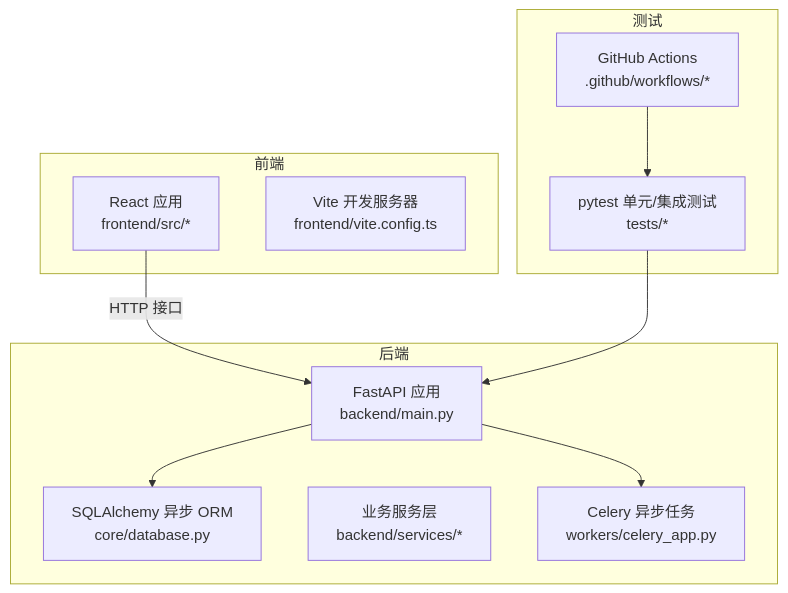
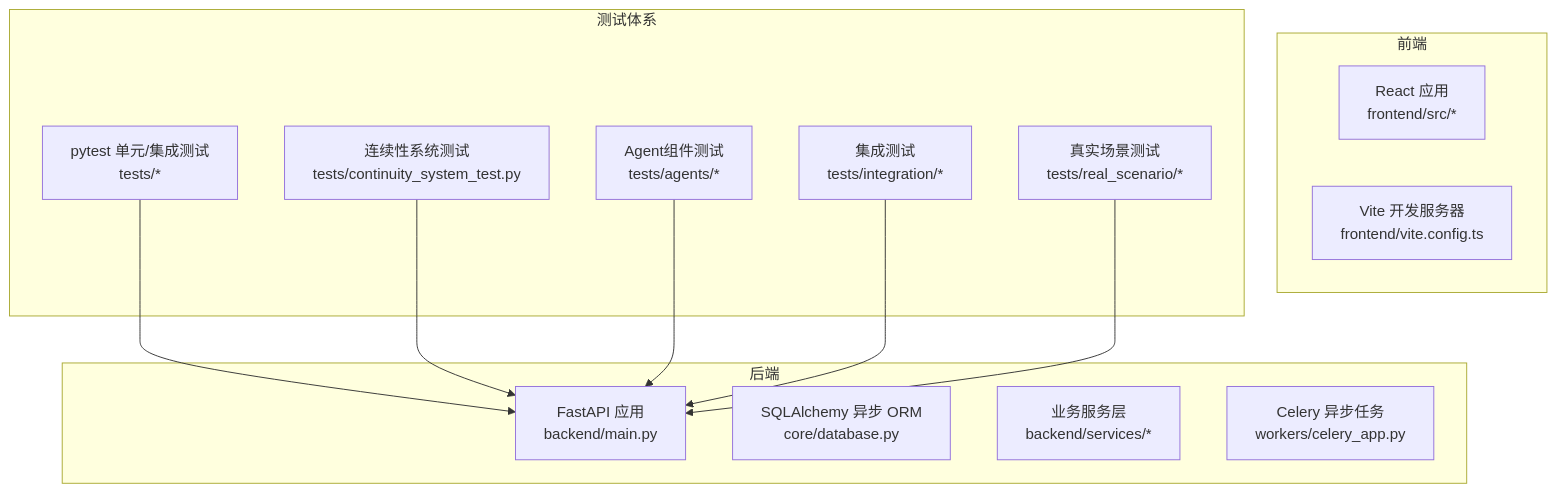
Before and after one commit to xfbyxq/ai-novel-system: the first of 6 diagrams in .qoder/repowiki/zh/content/测试策略/测试策略.md, drawn with Mermaid. The commit also changed other lines of this file and 38 other files, not shown here.

````diff
--- a/.qoder/repowiki/zh/content/测试策略/测试策略.md
+++ b/.qoder/repowiki/zh/content/测试策略/测试策略.md
@@ -42,22 +49,25 @@
 ```mermaid
 graph TB
 subgraph "后端"
 BE_API["FastAPI 应用<br/>backend/main.py"]
 BE_DB["SQLAlchemy 异步 ORM<br/>core/database.py"]
 BE_SERVICES["业务服务层<br/>backend/services/*"]
 BE_WORKERS["Celery 异步任务<br/>workers/celery_app.py"]
 end
 subgraph "前端"
 FE_APP["React 应用<br/>frontend/src/*"]
 FE_VITE["Vite 开发服务器<br/>frontend/vite.config.ts"]
 end
-subgraph "测试"
+subgraph "测试体系"
 PYTEST["pytest 单元/集成测试<br/>tests/*"]
-CI["GitHub Actions<br/>.github/workflows/*"]
+CONTINUITY["连续性系统测试<br/>tests/continuity_system_test.py"]
+AGENTS["Agent组件测试<br/>tests/agents/*"]
+INTEGRATION["集成测试<br/>tests/integration/*"]
+REAL_SCENARIO["真实场景测试<br/>tests/real_scenario/*"]
 end
-FE_APP --> |"HTTP 接口"| BE_API
-BE_API --> BE_DB
-BE_API --> BE_WORKERS
 PYTEST --> BE_API
-CI --> PYTEST
+CONTINUITY --> BE_API
+AGENTS --> BE_API
+INTEGRATION --> BE_API
+REAL_SCENARIO --> BE_API
 ```
````
